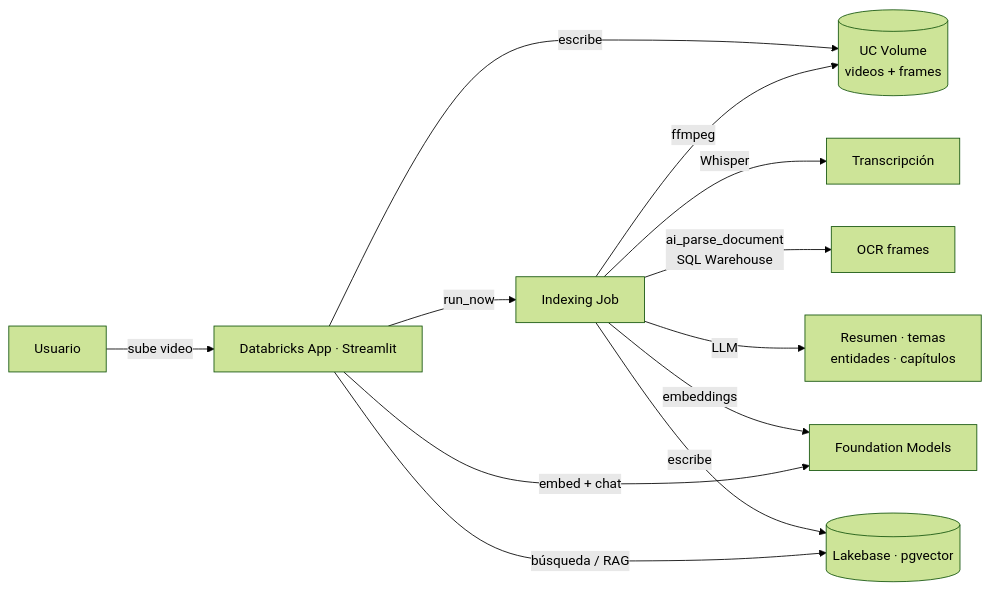
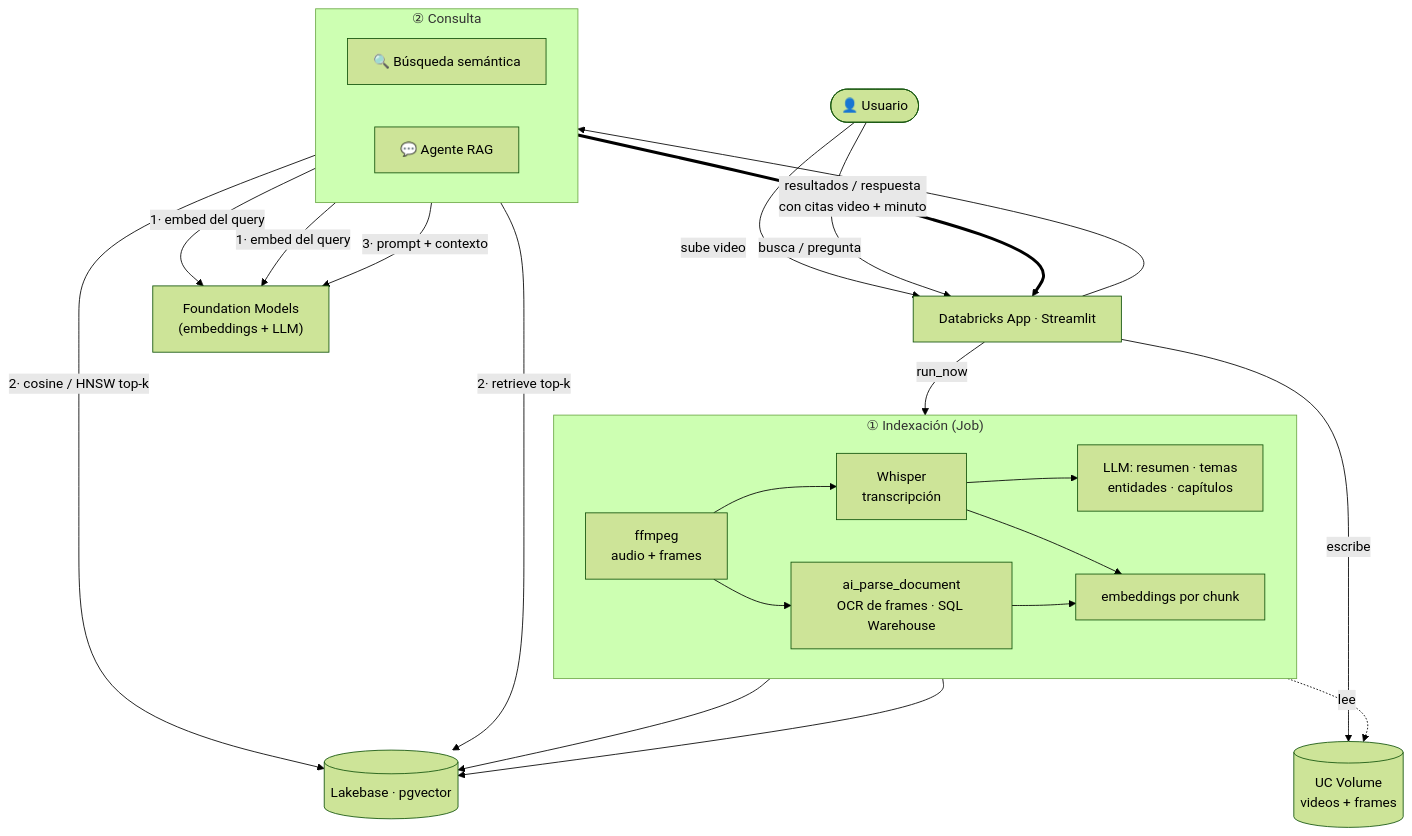
One commit to juandtbrcks/videoRAG changed the diagram in README.md. Above: the diagram before and after it, drawn with Mermaid (forest theme). The commit also changed other lines of this file, not shown here.

Commit message:
docs: expand architecture diagram with semantic search + RAG agent flows

````diff
--- a/README.md
+++ b/README.md
@@ -30,14 +30,41 @@
 ```mermaid
-flowchart LR
-    U[Usuario] -->|sube video| APP[Databricks App · Streamlit]
-    APP -->|escribe| VOL[(UC Volume<br/>videos + frames)]
-    APP -->|run_now| JOB[Indexing Job]
-    JOB -->|ffmpeg| VOL
-    JOB -->|Whisper| T[Transcripción]
-    JOB -->|ai_parse_document<br/>SQL Warehouse| O[OCR frames]
-    JOB -->|LLM| E[Resumen · temas<br/>entidades · capítulos]
-    JOB -->|embeddings| FM[Foundation Models]
-    JOB -->|escribe| LB[(Lakebase · pgvector)]
-    APP -->|búsqueda / RAG| LB
-    APP -->|embed + chat| FM
+flowchart TB
+    U(["👤 Usuario"])
+    APP["Databricks App · Streamlit"]
+    FM["Foundation Models<br/>(embeddings + LLM)"]
+    LB[("Lakebase · pgvector")]
+    VOL[("UC Volume<br/>videos + frames")]
+
+    %% ---------- Indexación ----------
+    subgraph ING["① Indexación (Job)"]
+        direction LR
+        FF["ffmpeg<br/>audio + frames"] --> WH["Whisper<br/>transcripción"]
+        FF --> OCR["ai_parse_document<br/>OCR de frames · SQL Warehouse"]
+        WH --> ENR["LLM: resumen · temas<br/>entidades · capítulos"]
+        WH --> EMB["embeddings por chunk"]
+        OCR --> EMB
+    end
+
+    %% ---------- Consulta ----------
+    subgraph QRY["② Consulta"]
+        direction LR
+        SR["🔍 Búsqueda semántica"]
+        AG["💬 Agente RAG"]
+    end
+
+    U -->|sube video| APP
+    APP -->|escribe| VOL
+    APP -->|run_now| ING
+    FF -.lee.-> VOL
+    ENR --> LB
+    EMB --> LB
+
+    U -->|busca / pregunta| APP
+    APP --> QRY
+    SR -->|1· embed del query| FM
+    SR -->|2· cosine / HNSW top-k| LB
+    AG -->|1· embed del query| FM
+    AG -->|2· retrieve top-k| LB
+    AG -->|3· prompt + contexto| FM
+    QRY ==>|resultados / respuesta<br/>con citas video + minuto| APP
 ```
````
